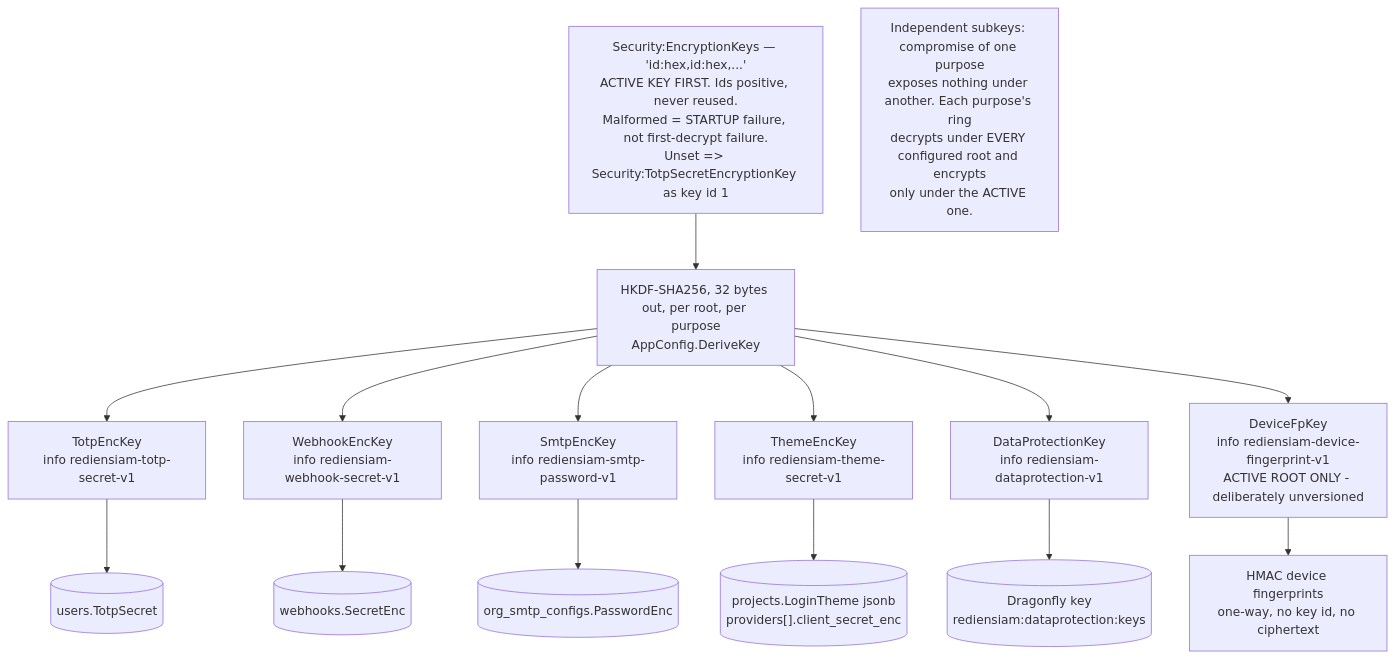
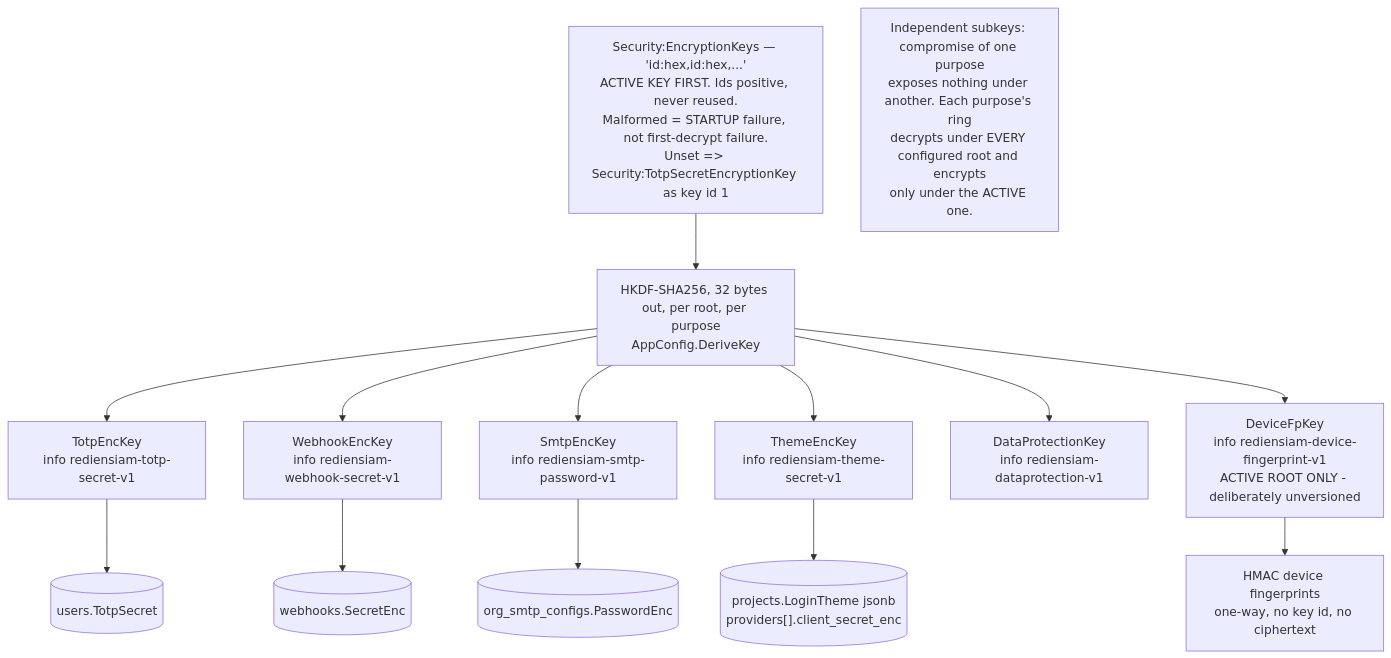
One commit to GuillaumeCariou/RediensIAM changed diagram 20 of 27 in docs/DIAGRAMS.md. Above: the diagram before and after it, drawn with Mermaid. The commit also changed other lines of this file and 93 other files, not shown here.

````diff
--- a/docs/DIAGRAMS.md
+++ b/docs/DIAGRAMS.md
@@ -809,22 +794,21 @@
 ```mermaid
 flowchart TB
     ring["Security:EncryptionKeys — 'id:hex,id:hex,...'<br/>ACTIVE KEY FIRST. Ids positive, never reused.<br/>Malformed = STARTUP failure, not first-decrypt failure.<br/>Unset => Security:TotpSecretEncryptionKey as key id 1"]
     hkdf["HKDF-SHA256, 32 bytes out, per root, per purpose<br/>AppConfig.DeriveKey"]
     ring --> hkdf
 
     hkdf --> k1["TotpEncKey<br/>info rediensiam-totp-secret-v1"]
     hkdf --> k2["WebhookEncKey<br/>info rediensiam-webhook-secret-v1"]
     hkdf --> k3["SmtpEncKey<br/>info rediensiam-smtp-password-v1"]
     hkdf --> k4["ThemeEncKey<br/>info rediensiam-theme-secret-v1"]
     hkdf --> k5["DataProtectionKey<br/>info rediensiam-dataprotection-v1"]
     hkdf --> k6["DeviceFpKey<br/>info rediensiam-device-fingerprint-v1<br/>ACTIVE ROOT ONLY - deliberately unversioned"]
 
     k1 --> p1[("users.TotpSecret")]
     k2 --> p2[("webhooks.SecretEnc")]
     k3 --> p3[("org_smtp_configs.PasswordEnc")]
     k4 --> p4[("projects.LoginTheme jsonb<br/>providers[].client_secret_enc")]
-    k5 --> p5[("Dragonfly key<br/>rediensiam:dataprotection:keys")]
     k6 --> p6["HMAC device fingerprints<br/>one-way, no key id, no ciphertext"]
 
     sep["Independent subkeys: compromise of one purpose<br/>exposes nothing under another. Each purpose's ring<br/>decrypts under EVERY configured root and encrypts<br/>only under the ACTIVE one."]
 ```
````
